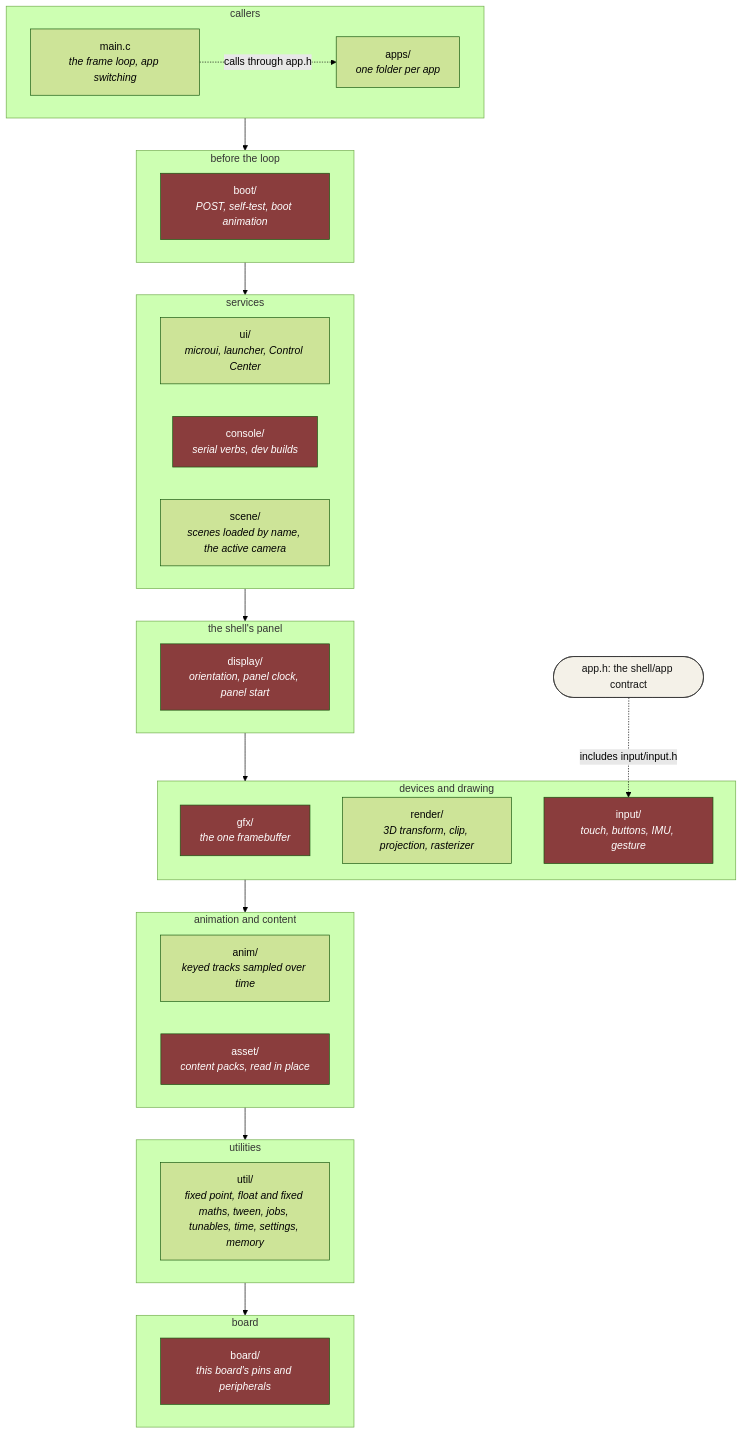
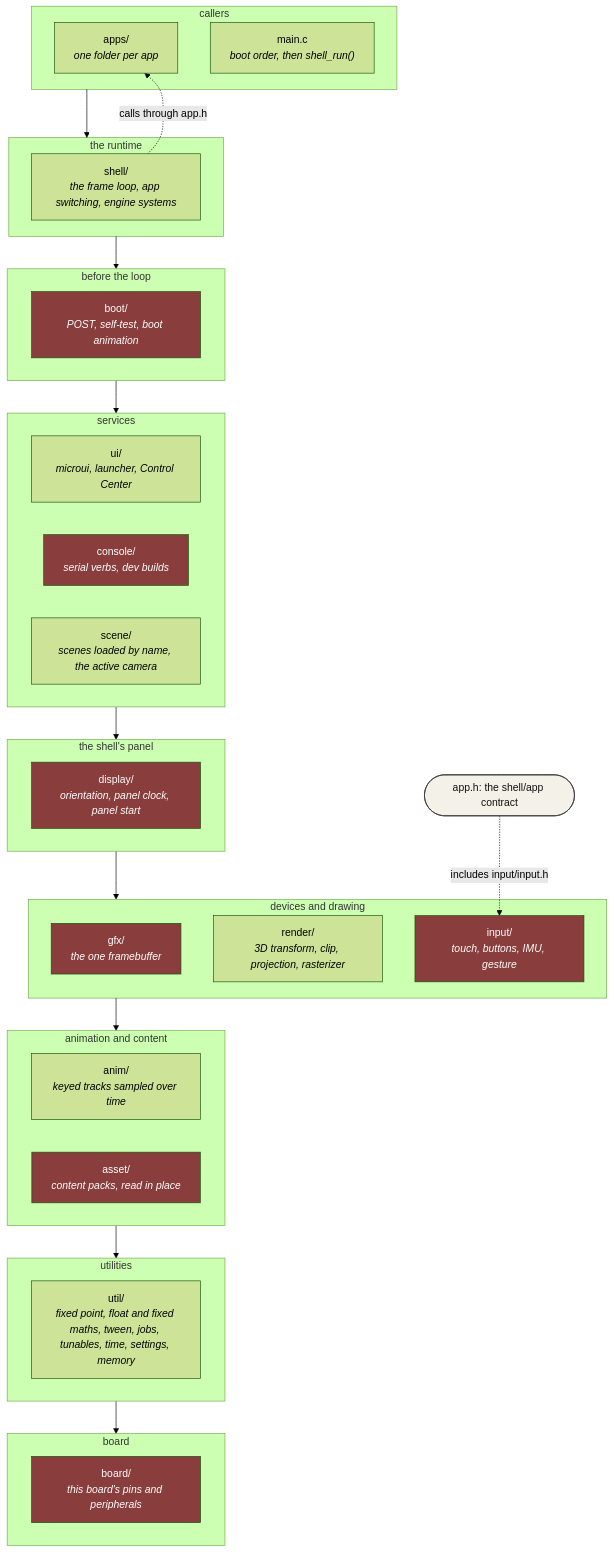
Before and after one commit to jose-villegas/autana: the first of 4 diagrams in docs/Firmware-Architecture.md, drawn with Mermaid (forest theme). The commit also changed other lines of this file and 1 other file, not shown here.

Commit message:
gates: shell/ is a layer of its own, between the apps and boot
The frame loop and app switching leave main.c for shell/. The tier table
and the layer diagram name it before the folder exists, so the include
rule holds it from its first file.

````diff
--- a/docs/Firmware-Architecture.md
+++ b/docs/Firmware-Architecture.md
@@ -46,41 +46,44 @@
 ```mermaid
 flowchart TB
     classDef hw fill:#8a3d3d,color:#fff
     classDef contract fill:#f4f1e8,stroke:#333,stroke-width:1px,color:#111
 
     subgraph R1["callers"]
         Apps["apps/<br/><i>one folder per app</i>"]
-        Main["main.c<br/><i>the frame loop, app switching</i>"]
+        Main["main.c<br/><i>boot order, then shell_run()</i>"]
+    end
+    subgraph R2["the runtime"]
+        Shell["shell/<br/><i>the frame loop, app switching, engine systems</i>"]
     end
     subgraph R3["before the loop"]
         Boot["boot/<br/><i>POST, self-test, boot animation</i>"]:::hw
     end
     subgraph R4["services"]
         Ui["ui/<br/><i>microui, launcher, Control Center</i>"]
         Console["console/<br/><i>serial verbs, dev builds</i>"]:::hw
         Scene["scene/<br/><i>scenes loaded by name, the active camera</i>"]
     end
     subgraph R5["the shell's panel"]
         Display["display/<br/><i>orientation, panel clock, panel start</i>"]:::hw
     end
     subgraph R6["devices and drawing"]
         Gfx["gfx/<br/><i>the one framebuffer</i>"]:::hw
         Render["render/<br/><i>3D transform, clip, projection, rasterizer</i>"]
         Input["input/<br/><i>touch, buttons, IMU, gesture</i>"]:::hw
     end
     subgraph R7["animation and content"]
         Anim["anim/<br/><i>keyed tracks sampled over time</i>"]
         Asset["asset/<br/><i>content packs, read in place</i>"]:::hw
     end
     subgraph R8["utilities"]
         Util["util/<br/><i>fixed point, float and fixed maths, tween, jobs, tunables, time, settings, memory</i>"]
     end
     subgraph R9["board"]
         Board["board/<br/><i>this board's pins and peripherals</i>"]:::hw
     end
 
-    R1 --> R3 --> R4 --> R5 --> R6 --> R7 --> R8 --> R9
+    R1 --> R2 --> R3 --> R4 --> R5 --> R6 --> R7 --> R8 --> R9
     Contract(["app.h: the shell/app contract"]):::contract
-    Main -.->|"calls through app.h"| Apps
+    Shell -.->|"calls through app.h"| Apps
     Contract -.->|"includes input/input.h"| Input
 ```
````
